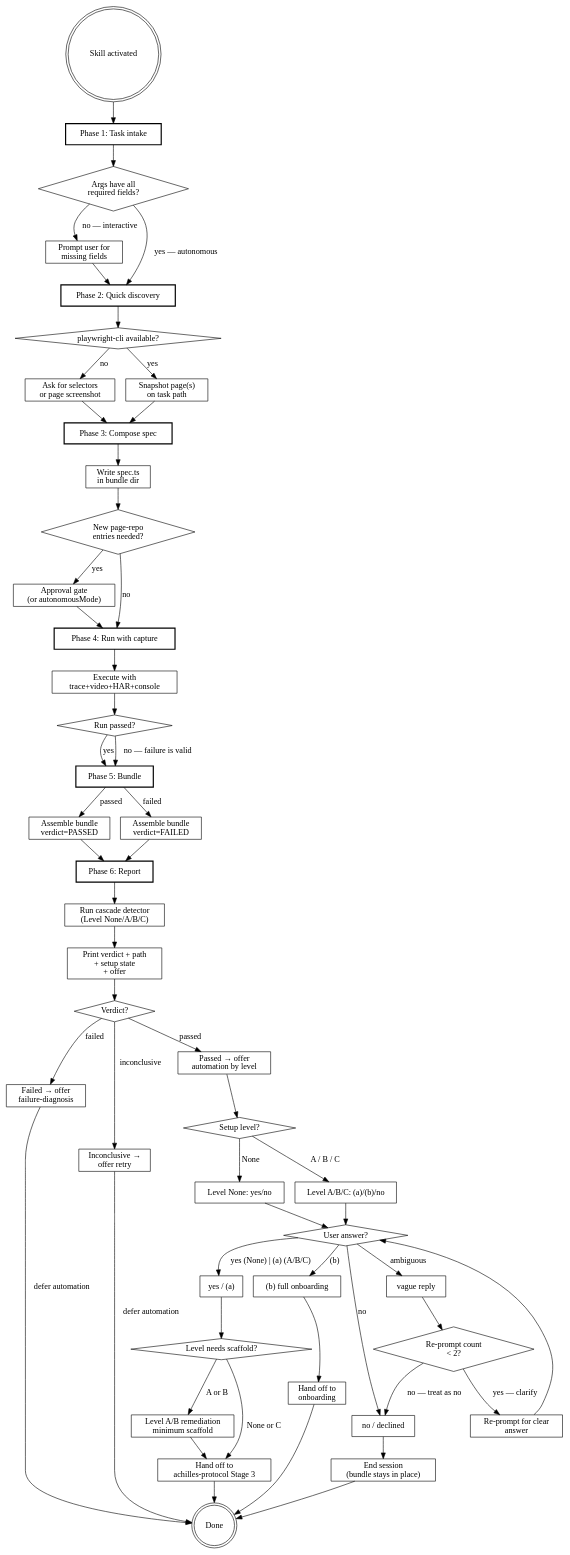
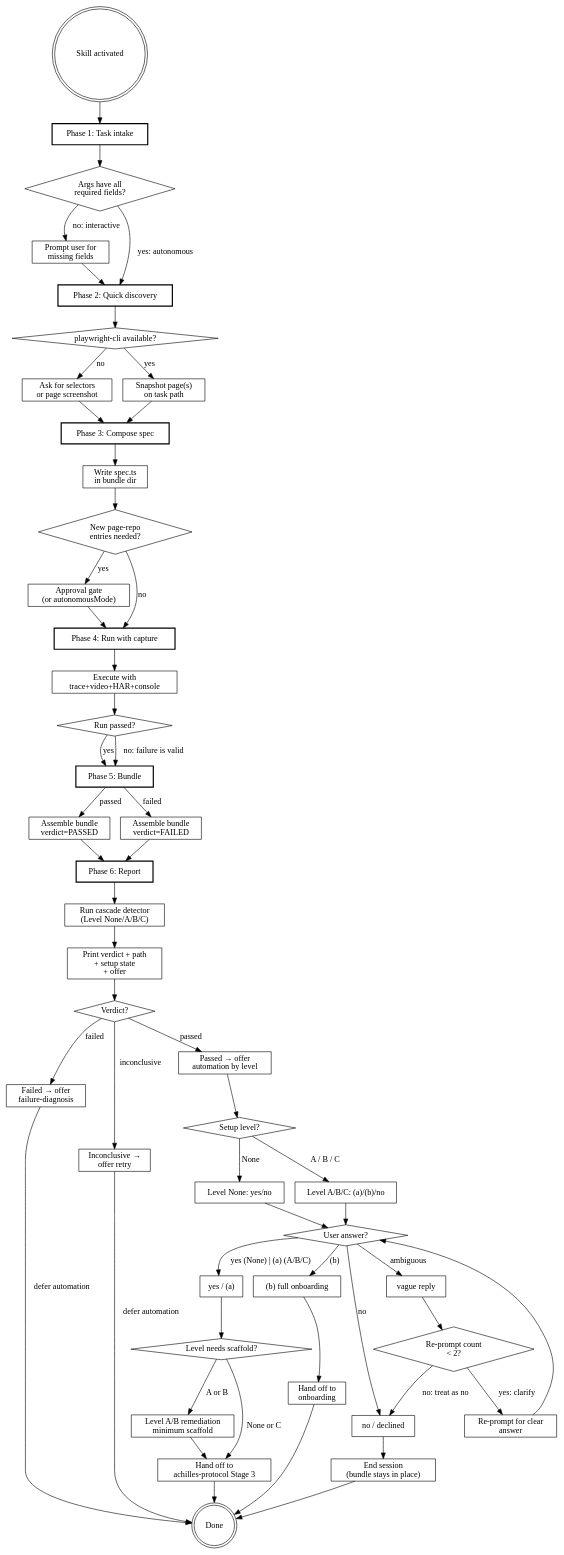
One commit to civitas-cerebrum/achilles changed the diagram in skills/companion-mode/references/activation-flowchart.md. Above: the diagram before and after it, drawn with Graphviz. The commit also changed 80 other files, not shown here.

```diff
--- a/skills/companion-mode/references/activation-flowchart.md
+++ b/skills/companion-mode/references/activation-flowchart.md
@@ -45,8 +45,8 @@
 
     "Skill activated" -> "Phase 1: Task intake";
     "Phase 1: Task intake" -> "Args have all\nrequired fields?";
-    "Args have all\nrequired fields?" -> "Phase 2: Quick discovery" [label="yes — autonomous"];
-    "Args have all\nrequired fields?" -> "Prompt user for\nmissing fields" [label="no — interactive"];
+    "Args have all\nrequired fields?" -> "Phase 2: Quick discovery" [label="yes: autonomous"];
+    "Args have all\nrequired fields?" -> "Prompt user for\nmissing fields" [label="no: interactive"];
     "Prompt user for\nmissing fields" -> "Phase 2: Quick discovery";
     "Phase 2: Quick discovery" -> "playwright-cli available?";
     "playwright-cli available?" -> "Snapshot page(s)\non task path" [label="yes"];
@@ -61,7 +61,7 @@
     "Phase 4: Run with capture" -> "Execute with\ntrace+video+HAR+console";
     "Execute with\ntrace+video+HAR+console" -> "Run passed?";
     "Run passed?" -> "Phase 5: Bundle" [label="yes"];
-    "Run passed?" -> "Phase 5: Bundle" [label="no — failure is valid"];
+    "Run passed?" -> "Phase 5: Bundle" [label="no: failure is valid"];
     "Phase 5: Bundle" -> "Assemble bundle\nverdict=PASSED" [label="passed"];
     "Phase 5: Bundle" -> "Assemble bundle\nverdict=FAILED" [label="failed"];
     "Assemble bundle\nverdict=PASSED" -> "Phase 6: Report";
@@ -85,8 +85,8 @@
     "User answer?" -> "vague reply" [label="ambiguous"];
     "Re-prompt count\n< 2?" [shape=diamond];
     "vague reply" -> "Re-prompt count\n< 2?";
-    "Re-prompt count\n< 2?" -> "Re-prompt for clear\nanswer" [label="yes — clarify"];
-    "Re-prompt count\n< 2?" -> "no / declined" [label="no — treat as no"];
+    "Re-prompt count\n< 2?" -> "Re-prompt for clear\nanswer" [label="yes: clarify"];
+    "Re-prompt count\n< 2?" -> "no / declined" [label="no: treat as no"];
     "Re-prompt for clear\nanswer" -> "User answer?";
     "yes / (a)" -> "Level needs scaffold?";
     "Level needs scaffold?" -> "Level A/B remediation\nminimum scaffold" [label="A or B"];
```
